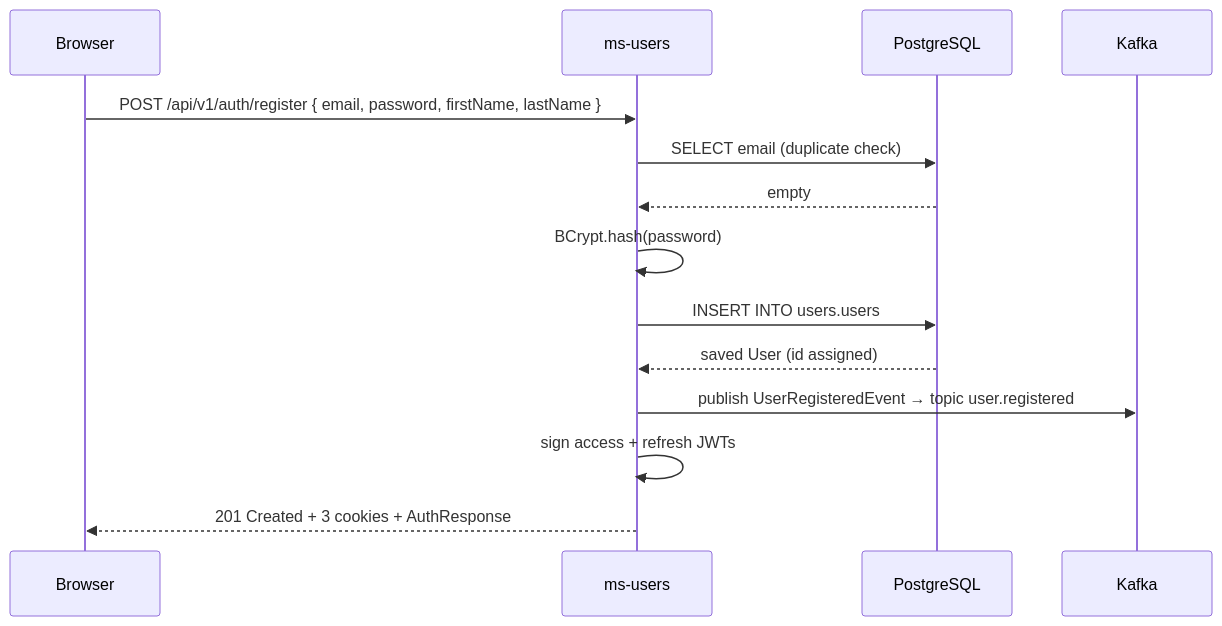
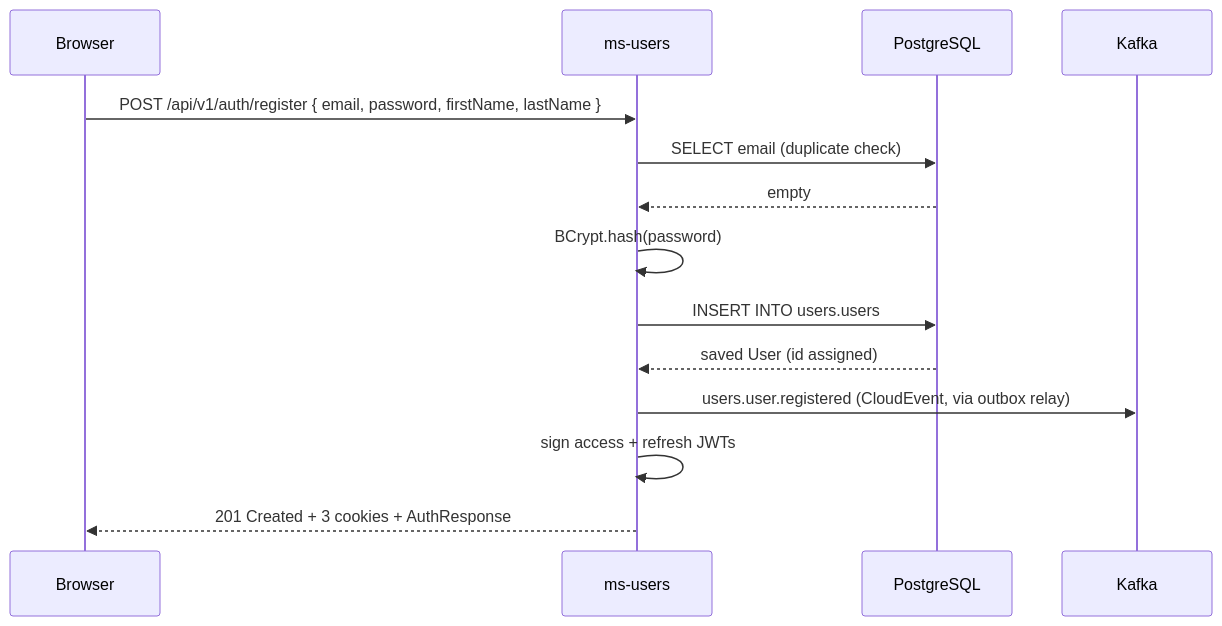
The third of 4 diagrams in docs/specs/services/ms-users.md (Sergio-Smirnoff/financial-app), drawn with Mermaid before and after one commit. The commit also changed other lines of this file and 4 other files, not shown here.

Commit message:
docs(specs): sync service specs to CloudEvents Kafka — topic <context>.<event>, binary mode, outbox everywhere, ce_id dedup, DLQ; banks producer role; reminders moved from finances to banks

````diff
--- a/docs/specs/services/ms-users.md
+++ b/docs/specs/services/ms-users.md
@@ -238,17 +237,17 @@
 ```mermaid
 sequenceDiagram
     participant Browser
     participant ms-users
     participant PostgreSQL
     participant Kafka
 
     Browser->>ms-users: POST /api/v1/auth/register { email, password, firstName, lastName }
     ms-users->>PostgreSQL: SELECT email (duplicate check)
     PostgreSQL-->>ms-users: empty
     ms-users->>ms-users: BCrypt.hash(password)
     ms-users->>PostgreSQL: INSERT INTO users.users
     PostgreSQL-->>ms-users: saved User (id assigned)
-    ms-users->>Kafka: publish UserRegisteredEvent → topic user.registered
+    ms-users->>Kafka: users.user.registered (CloudEvent, via outbox relay)
     ms-users->>ms-users: sign access + refresh JWTs
     ms-users-->>Browser: 201 Created + 3 cookies + AuthResponse
 ```
````
